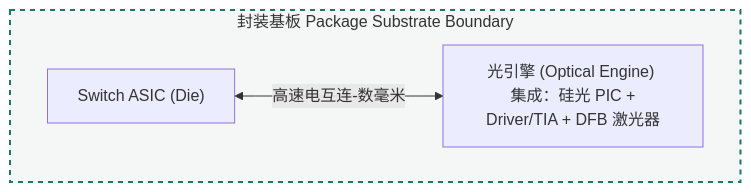
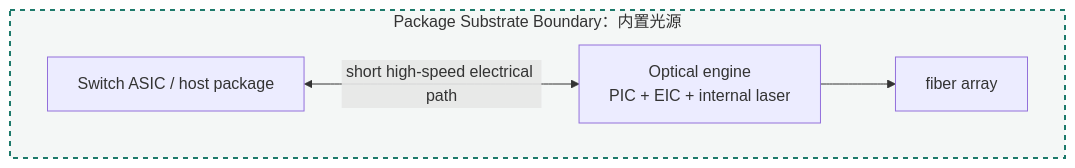
Before and after one commit to xianfeng-zhu/LumenFab.io: the first of 2 diagrams in src/pages/components/packaging.mdx, drawn with Mermaid. The commit also changed other lines of this file and 17 other files, not shown here.

````diff
--- a/src/pages/components/packaging.mdx
+++ b/src/pages/components/packaging.mdx
@@ -66,9 +194,10 @@
 ```mermaid
 graph LR
-    subgraph Substrate_A ["封装基板 Package Substrate Boundary"]
+    subgraph Substrate_A ["Package Substrate Boundary：内置光源"]
         direction LR
-        ASIC_A["Switch ASIC (Die)"] <-->|高速电互连-数毫米| OE_A["光引擎 (Optical Engine) <br/> 集成：硅光 PIC + Driver/TIA + DFB 激光器"]
+        ASIC_A["Switch ASIC / host package"] <-->|short high-speed electrical path| OE_A["Optical engine<br/>PIC + EIC + internal laser"]
+        OE_A --> FAU_A["fiber array"]
     end
 
     style Substrate_A fill:#f4f7f6,stroke:#1d7a6b,stroke-width:2px,stroke-dasharray:5,5
 ```
````
